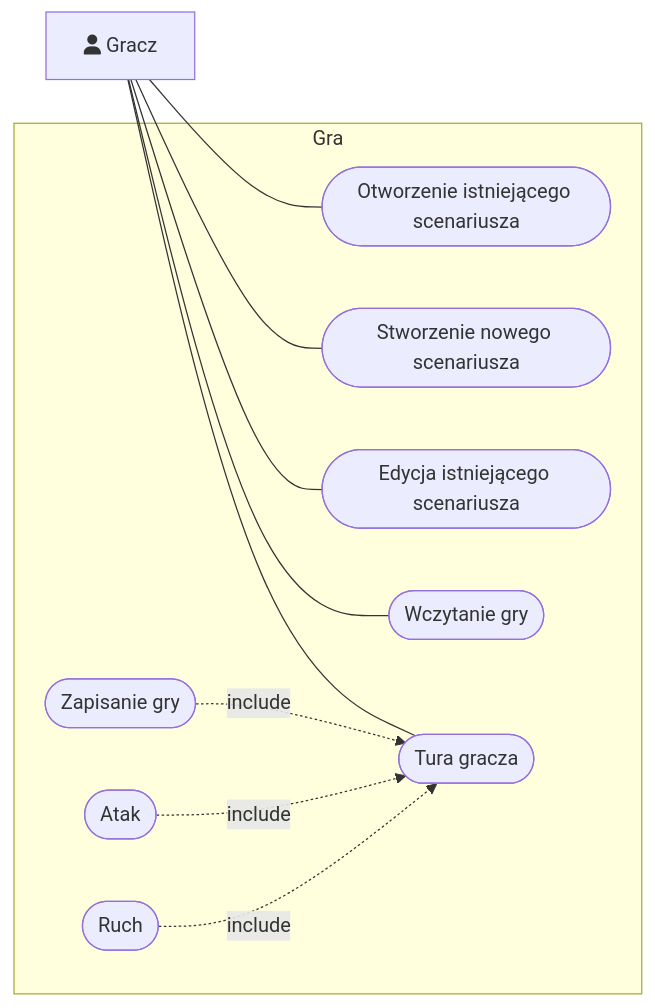
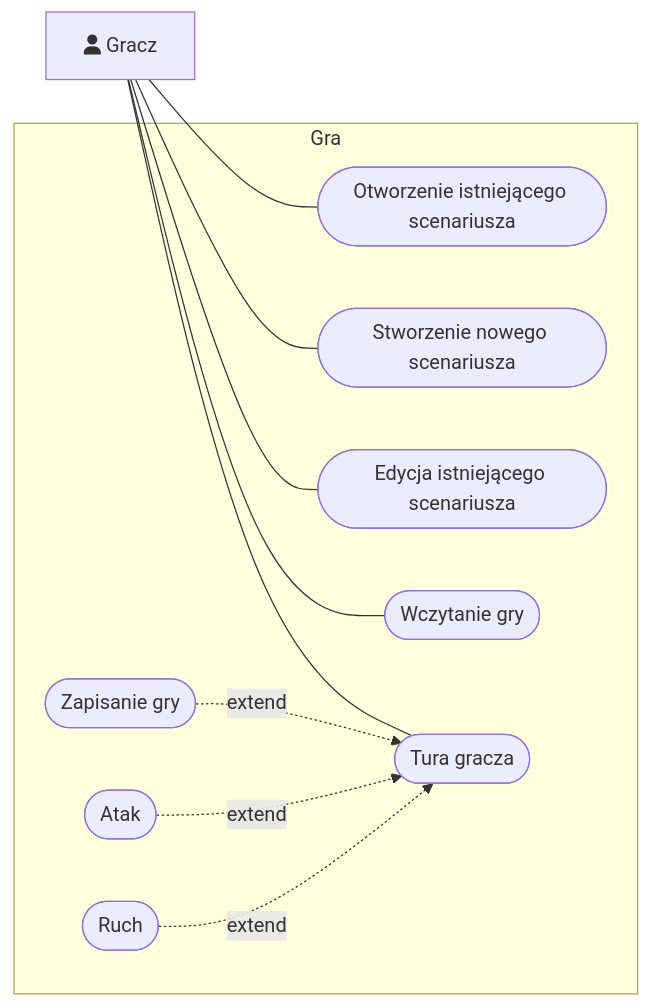
Before and after one commit to io-2026-dicegons/dicegons: the diagram in docs/zadanie3/UseCaseView.md, drawn with Mermaid.

Commit message:
Update UseCaseView.md
fix mistaken labelling

````diff
--- a/docs/zadanie3/UseCaseView.md
+++ b/docs/zadanie3/UseCaseView.md
@@ -1,26 +1,26 @@
 ```mermaid
 graph LR;
     subgraph Gra;
       U01([ Otworzenie istniejącego scenariusza]);
       U02([ Stworzenie nowego scenariusza]);
       U03([ Edycja istniejącego scenariusza]);
       U04([ Zapisanie gry]);
       U05([ Wczytanie gry]);
       U06([ Atak]);
       U07([ Ruch]);
       U08([ Tura gracza]);
     end;
 
 Gracz[fa:fa-user Gracz];
 
 Gracz --- U01;
 Gracz --- U02;
 Gracz --- U03;
 Gracz --- U05;
 Gracz --- U08;
-U04 -. include .-> U08
-U06 -. include .-> U08
-U07 -. include .-> U08
+U04 -. extend .-> U08
+U06 -. extend .-> U08
+U07 -. extend .-> U08
 
 
 ```
````
